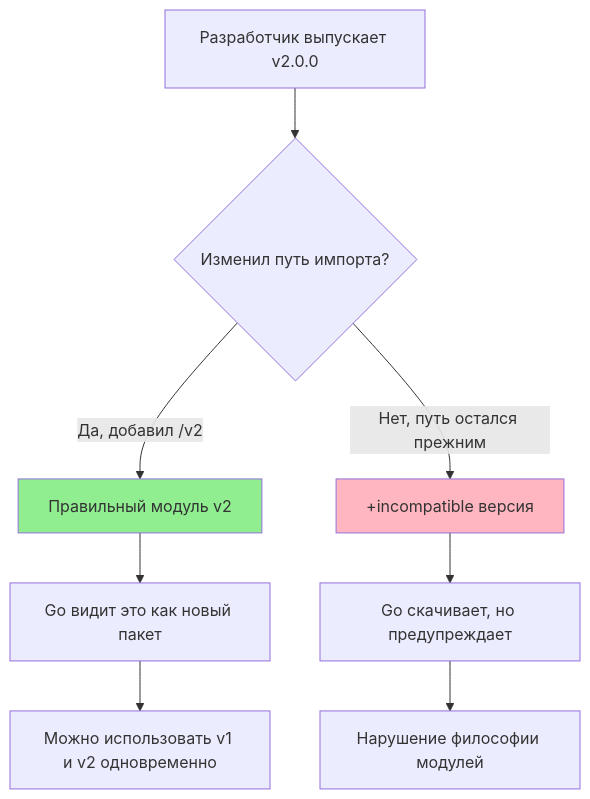
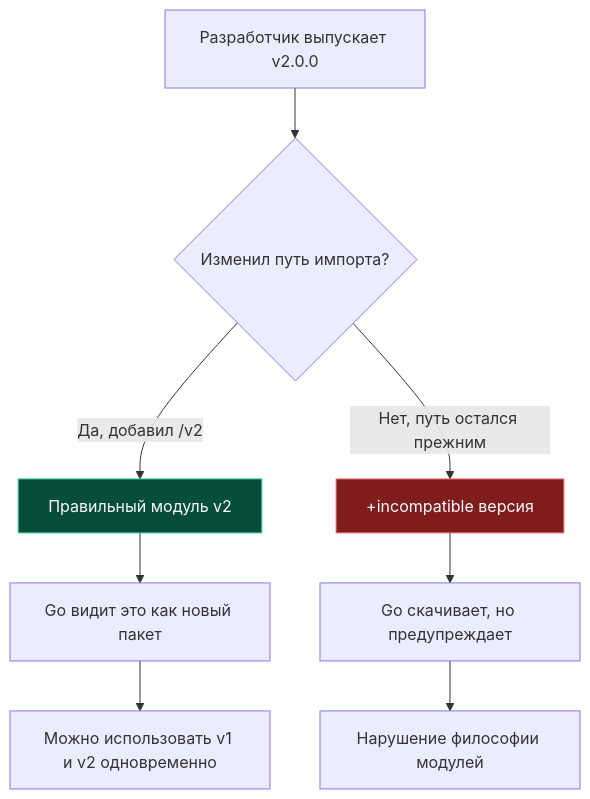
The diagram in sources/8. Инфраструктура языка, Тулинг и CI_CD/13. Versioning. SemVer и совместимость.md (UnrealTemplier/go-textbook), drawn with Mermaid before and after one commit. The commit also changed 310 other files, not shown here.

First line of the commit message:
fix(mermaid): replace light fill colors with dark palette for readability on dark theme

````diff
--- a/sources/8. Инфраструктура языка, Тулинг и CI_CD/13. Versioning. SemVer и совместимость.md
+++ b/sources/8. Инфраструктура языка, Тулинг и CI_CD/13. Versioning. SemVer и совместимость.md
@@ -31,15 +31,15 @@
 ```mermaid
 flowchart TD
     A["Разработчик выпускает v2.0.0"] --> B{"Изменил путь импорта?"}
     
     B -- "Да, добавил /v2" --> C["Правильный модуль v2"]
     C --> D["Go видит это как новый пакет"]
     D --> E["Можно использовать v1 и v2 одновременно"]
     
     B -- "Нет, путь остался прежним" --> F["+incompatible версия"]
     F --> G["Go скачивает, но предупреждает"]
     G --> H["Нарушение философии модулей"]
     
-    style C fill:#90EE90
-    style F fill:#FFB6C1
+    style C fill:#064e3b,stroke:#34d399,color:#f8fafc
+    style F fill:#7f1d1d,stroke:#f87171,color:#f8fafc
 ```
````
